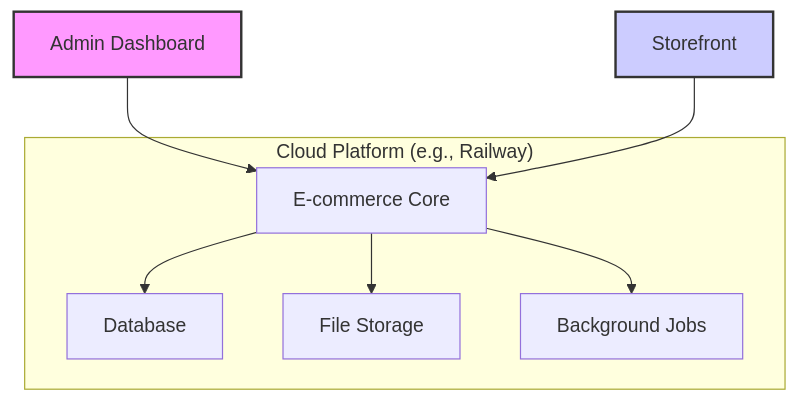
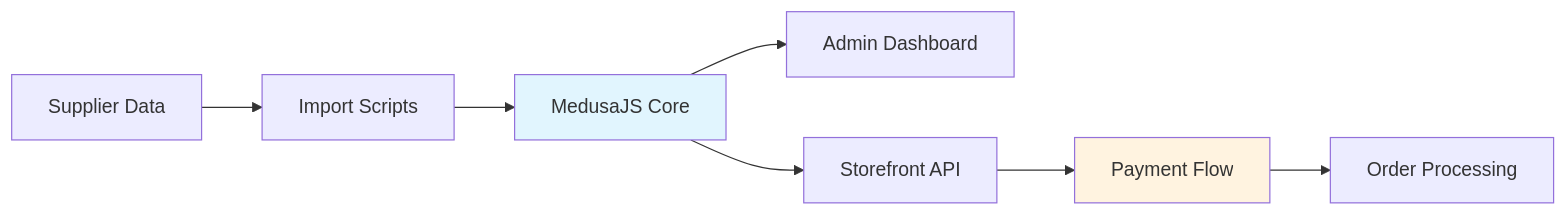
Before and after one commit to lyfar/medusajs-2.0-for-railway-boilerplate-mThd: the second of 2 diagrams in docs/pages/backend.mdx, drawn with Mermaid. The commit also changed other lines of this file and 32 other files, not shown here.

````diff
--- a/docs/pages/backend.mdx
+++ b/docs/pages/backend.mdx
@@ -22,18 +97,12 @@
 ```mermaid
-graph TD
-    subgraph "Cloud Platform (e.g., Railway)"
-        A[E-commerce Core]
-        B[Database]
-        C[File Storage]
-        D[Background Jobs]
-    end
-
-    E[Admin Dashboard] --> A
-    F[Storefront] --> A
-    A --> B
-    A --> C
-    A --> D
-
-    style E fill:#f9f,stroke:#333,stroke-width:2px
-    style F fill:#ccf,stroke:#333,stroke-width:2px
+graph LR
+    A[Supplier Data] --> B[Import Scripts]
+    B --> C[MedusaJS Core]
+    C --> D[Admin Dashboard]
+    C --> E[Storefront API]
+    E --> F[Payment Flow]
+    F --> G[Order Processing]
+    
+    style C fill:#e1f5fe
+    style F fill:#fff3e0
 ```
````
